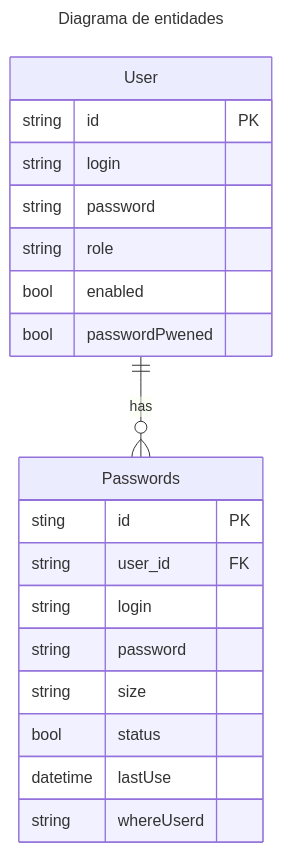
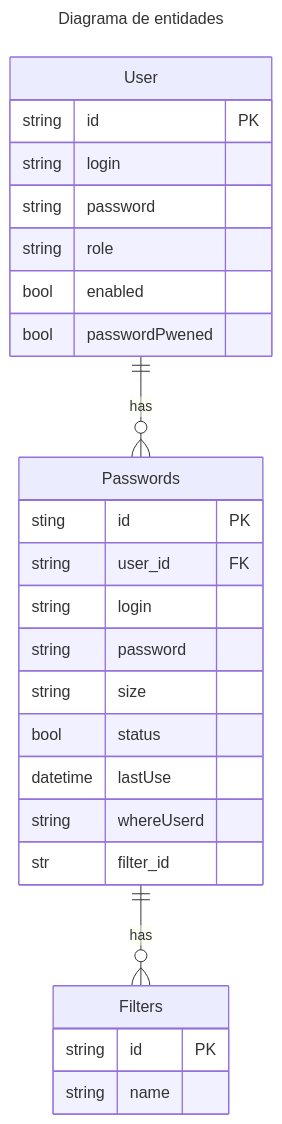
The diagram in docs/mer.mmd (LeoGotardo/MainDugWeb), drawn with Mermaid before and after one commit.

```diff
--- a/docs/mer.mmd
+++ b/docs/mer.mmd
@@ -1,25 +1,32 @@
 ---
 title: Diagrama de entidades
 ---
 erDiagram
     User{
         string id PK
         string login
         string password
         string role
         bool enabled
         bool passwordPwened
     }
 
     Passwords{
         sting id PK
         string user_id FK
         string login
         string password
         string size
         bool status
         datetime lastUse
         string whereUserd
+        str filter_id
+    }
+
+    Filters{
+        string id PK
+        string name
     }
 
     User ||--o{ Passwords: has
+    Passwords ||--o{Filters: has
```
